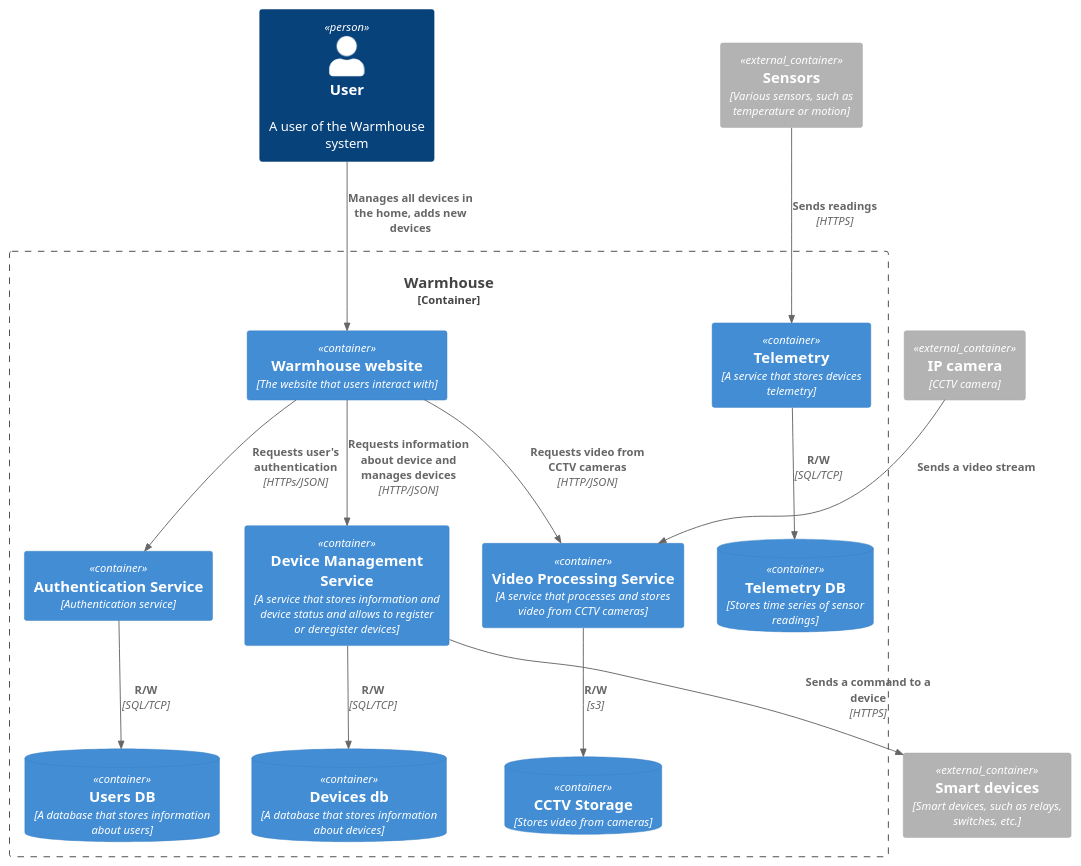
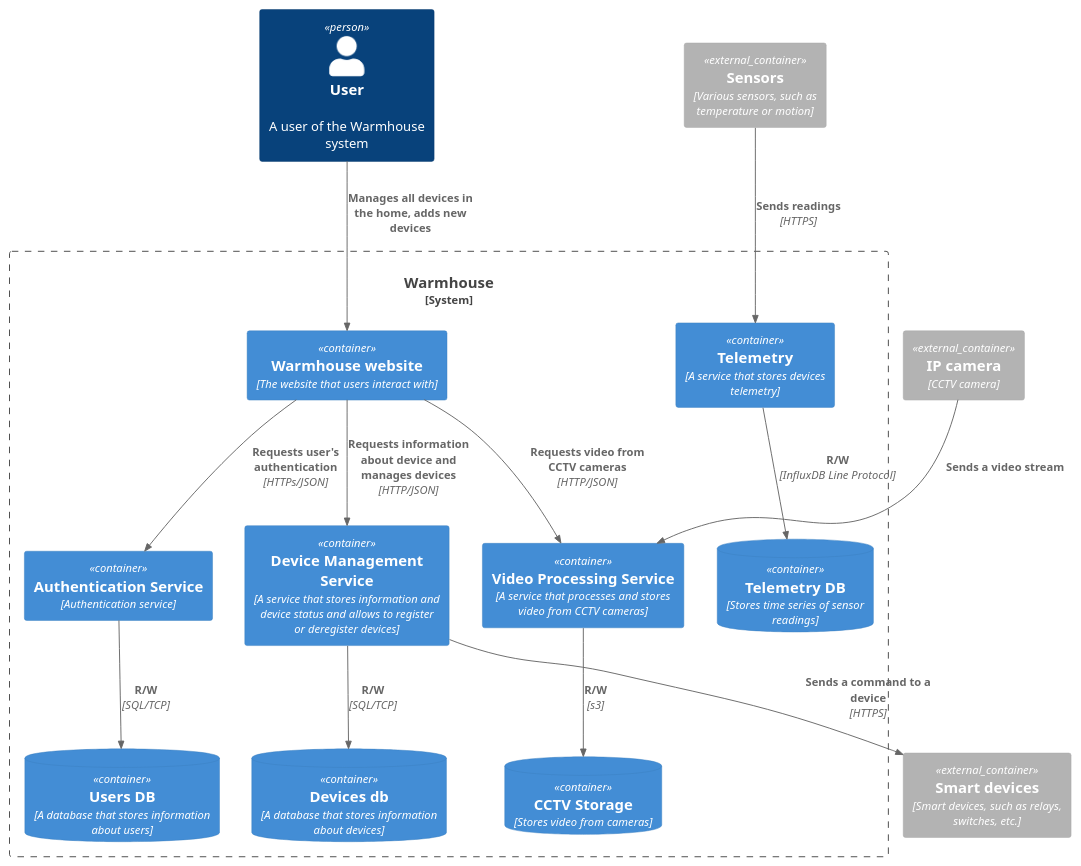
The diagram in docs/architecture/container.puml (afjord/architecture-pro-warmhouse), drawn with PlantUML before and after one commit. The commit also changed 1 other file, not shown here.

```diff
--- a/docs/architecture/container.puml
+++ b/docs/architecture/container.puml
@@ -1,39 +1,39 @@
 @startuml
 
 !include C4_Container.puml
 
 Person(user, "User", "A user of the Warmhouse system")
 Container_Ext(device, "Smart devices", "Smart devices, such as relays, switches, etc.")
 Container_Ext(sensor, "Sensors", "Various sensors, such as temperature or motion")
 Container_Ext(ip_camera, "IP camera", "CCTV camera")
 
-Container_Boundary(warmhouse_system, "Warmhouse") {
+System_Boundary(warmhouse_system, "Warmhouse") {
     Container(web_app, "Warmhouse website", "The website that users interact with")
 
     Container(devices_management, "Device Management Service", "A service that stores information and device status and allows to register or deregister devices")
     ContainerDb(devices_db, "Devices db", "A database that stores information about devices")
 
     Container(auth_service, "Authentication Service", "Authentication service")
     ContainerDb(users_db, "Users DB", "A database that stores information about users")
 
     Container(telemetry, "Telemetry", "A service that stores devices telemetry")
     ContainerDb(telemetry_db, "Telemetry DB", "Stores time series of sensor readings")
 
     Container(video_service, "Video Processing Service", "A service that processes and stores video from CCTV cameras")
     ContainerDb(video_db, "CCTV Storage", "Stores video from cameras")
 
     Rel(auth_service,users_db,"R/W", "SQL/TCP")
     Rel(devices_management,device,"Sends a command to a device", HTTPS)
     Rel(devices_management,devices_db,"R/W", "SQL/TCP")
     Rel(ip_camera,video_service, "Sends a video stream")
     Rel(sensor,telemetry, "Sends readings", HTTPS)
-    Rel(telemetry,telemetry_db, "R/W", "SQL/TCP")
+    Rel(telemetry,telemetry_db, "R/W", "InfluxDB Line Protocol")
     Rel(video_service,video_db, "R/W", s3)
     Rel(web_app,auth_service,"Requests user's authentication", "HTTPs/JSON")
     Rel(web_app,devices_management,"Requests information about device and manages devices", "HTTP/JSON")
     Rel(web_app,video_service, "Requests video from CCTV cameras", "HTTP/JSON")
 }
 
 Rel(user,web_app,"Manages all devices in the home, adds new devices")
 
 @enduml
```
